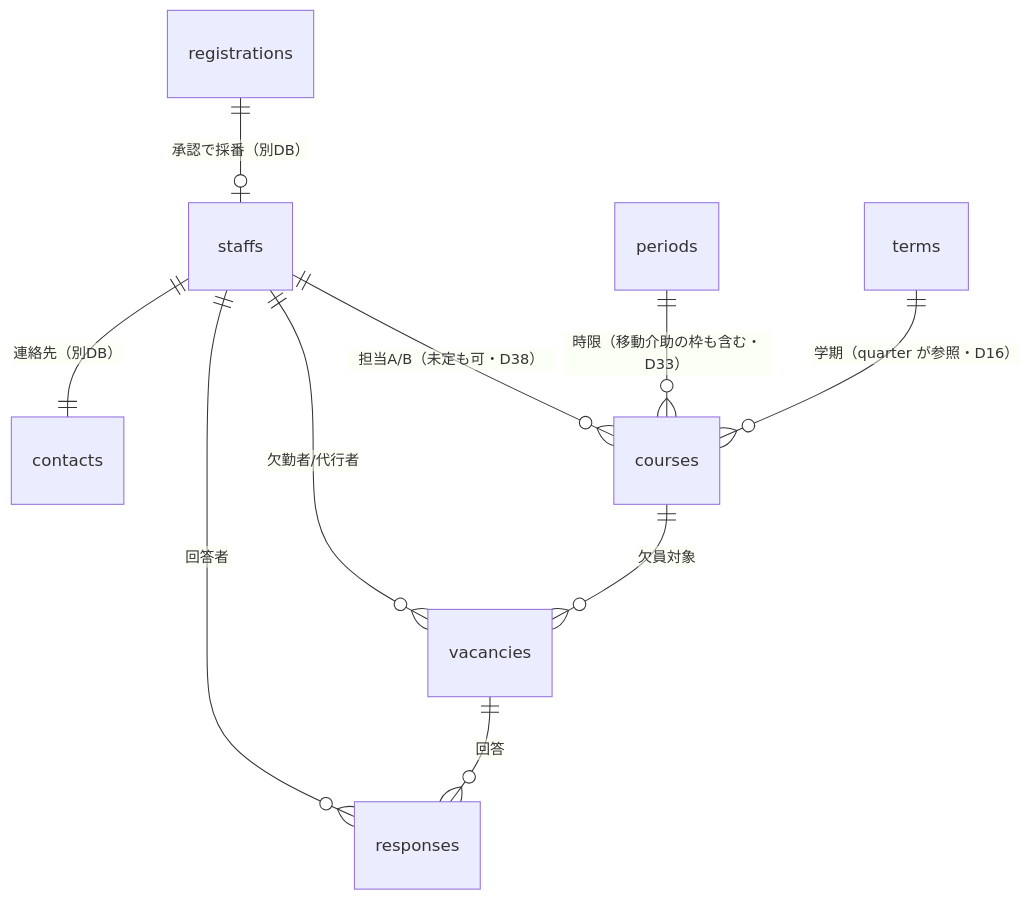
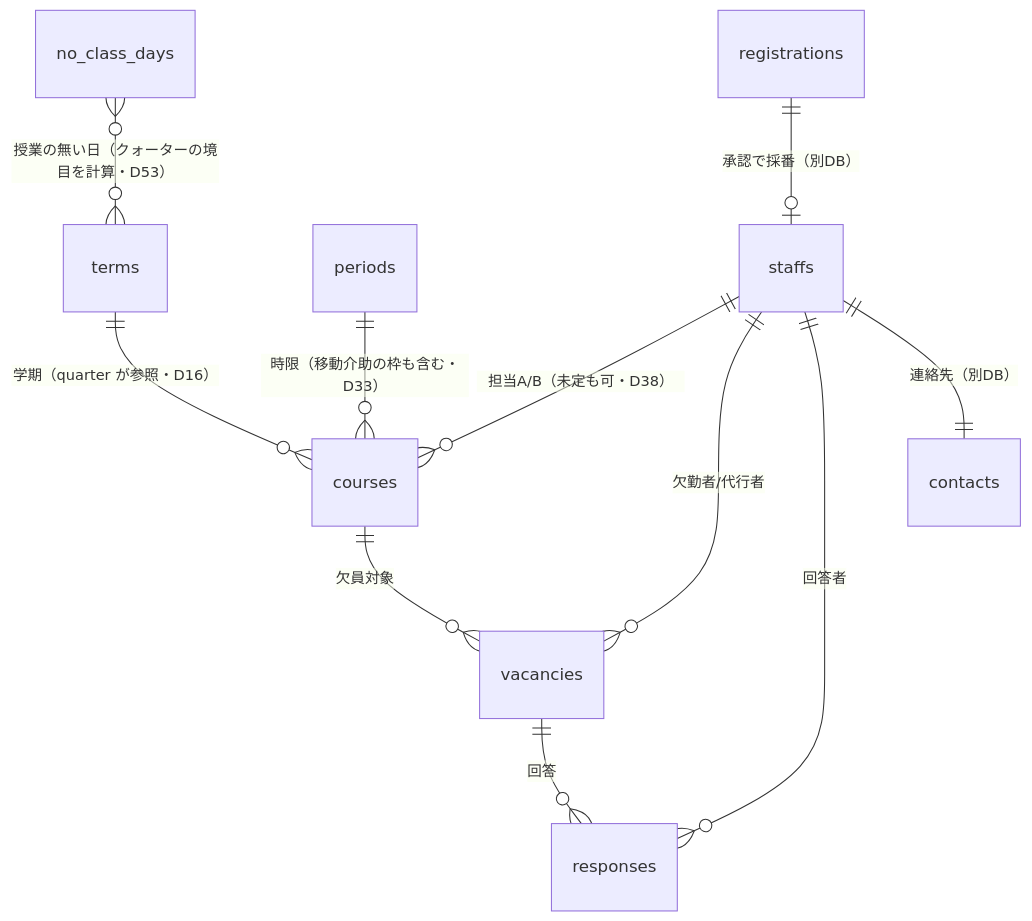
Before and after one commit to Nakano-official/takeover: the second of 3 diagrams in docs/spec/architecture.md, drawn with Mermaid. The commit also changed other lines of this file and 34 other files, not shown here.

````diff
--- a/docs/spec/architecture.md
+++ b/docs/spec/architecture.md
@@ -237,12 +237,13 @@
 ```mermaid
 erDiagram
     staffs   ||--o{ courses    : "担当A/B（未定も可・D38）"
     periods  ||--o{ courses    : "時限（移動介助の枠も含む・D33）"
     terms    ||--o{ courses    : "学期（quarter が参照・D16）"
+    no_class_days }o--o{ terms : "授業の無い日（クォーターの境目を計算・D53）"
     courses  ||--o{ vacancies  : "欠員対象"
     staffs   ||--o{ vacancies  : "欠勤者/代行者"
     vacancies ||--o{ responses : "回答"
     staffs   ||--o{ responses  : "回答者"
     staffs   ||--|| contacts   : "連絡先（別DB）"
     registrations ||--o| staffs : "承認で採番（別DB）"
 ```
````
